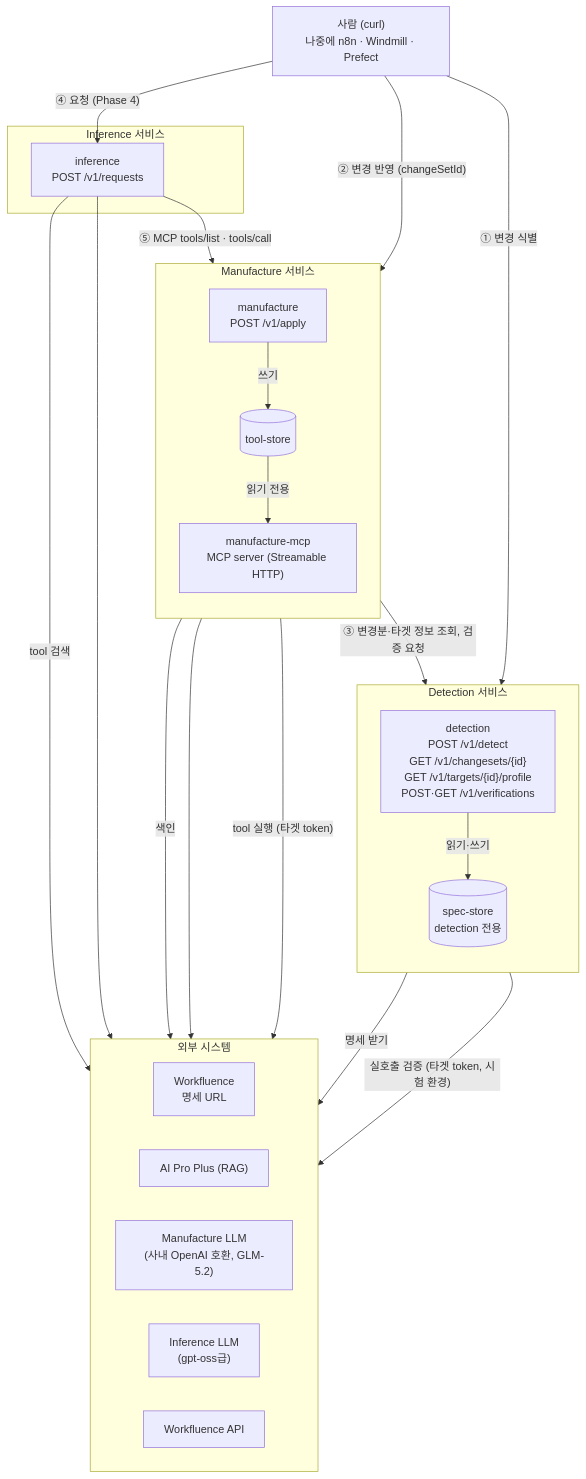
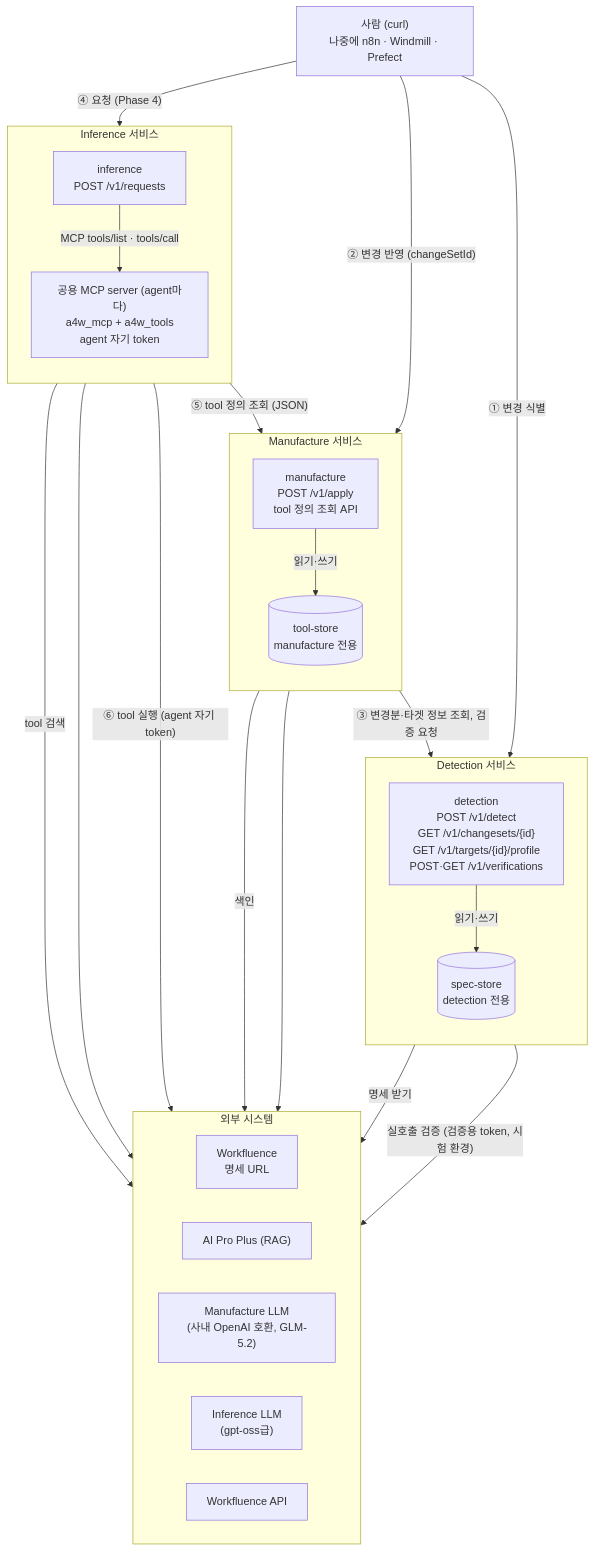
One commit to tanminkwan/agent4workfluence changed the first of 4 diagrams in docs/시스템아키텍처.md. Above: the diagram before and after it, drawn with Mermaid. The commit also changed other lines of this file and 3 other files, not shown here.

First line of the commit message:
docs: tool 서빙 구조 변경 — manufacture-mcp 없앰, agent 곁 공용 MCP server가 자기 token으로 실행

````diff
--- a/docs/시스템아키텍처.md
+++ b/docs/시스템아키텍처.md
@@ -26,48 +32,49 @@
 ```mermaid
 flowchart TB
     caller["사람 (curl)<br/>나중에 n8n · Windmill · Prefect"]
 
     subgraph DET["Detection 서비스"]
         direction TB
         detection["detection<br/>POST /v1/detect<br/>GET /v1/changesets/{id}<br/>GET /v1/targets/{id}/profile<br/>POST·GET /v1/verifications"]
         specstore[("spec-store<br/>detection 전용")]
         detection -- "읽기·쓰기" --> specstore
     end
 
     subgraph MAN["Manufacture 서비스"]
         direction TB
-        manufacture["manufacture<br/>POST /v1/apply"]
-        toolstore[("tool-store")]
-        mcp["manufacture-mcp<br/>MCP server (Streamable HTTP)"]
-        manufacture -- "쓰기" --> toolstore
-        toolstore -- "읽기 전용" --> mcp
+        manufacture["manufacture<br/>POST /v1/apply<br/>tool 정의 조회 API"]
+        toolstore[("tool-store<br/>manufacture 전용")]
+        manufacture -- "읽기·쓰기" --> toolstore
     end
 
     subgraph INF["Inference 서비스"]
+        direction TB
         inference["inference<br/>POST /v1/requests"]
+        mcp["공용 MCP server (agent마다)<br/>a4w_mcp + a4w_tools<br/>agent 자기 token"]
+        inference -- "MCP tools/list · tools/call" --> mcp
     end
 
     subgraph EXT["외부 시스템"]
         direction LR
         wfspec["Workfluence<br/>명세 URL"]
         rag["AI Pro Plus (RAG)"]
         opus["Manufacture LLM<br/>(사내 OpenAI 호환, GLM-5.2)"]
         oss["Inference LLM<br/>(gpt-oss급)"]
         wfapi["Workfluence API"]
     end
 
     caller -- "① 변경 식별" --> detection
     caller -- "② 변경 반영 (changeSetId)" --> manufacture
     caller -- "④ 요청 (Phase 4)" --> inference
 
     manufacture -- "③ 변경분·타겟 정보 조회, 검증 요청" --> detection
-    inference -- "⑤ MCP tools/list · tools/call" --> mcp
+    mcp -- "⑤ tool 정의 조회 (JSON)" --> manufacture
 
     detection -- "명세 받기" --> wfspec
-    detection -- "실호출 검증 (타겟 token, 시험 환경)" --> wfapi
+    detection -- "실호출 검증 (검증용 token, 시험 환경)" --> wfapi
     manufacture -- "색인" --> rag
     manufacture --> opus
     inference -- "tool 검색" --> rag
     inference --> oss
-    mcp -- "tool 실행 (타겟 token)" --> wfapi
+    mcp -- "⑥ tool 실행 (agent 자기 token)" --> wfapi
 ```
````
